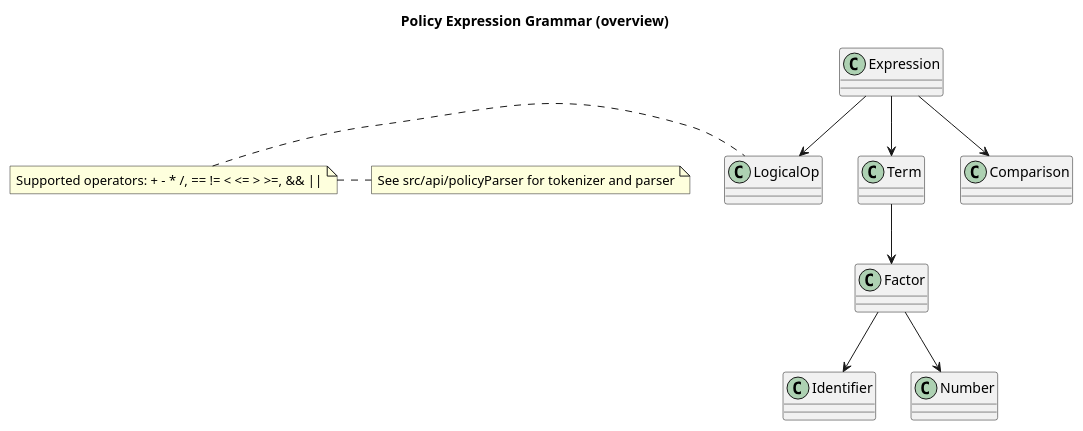
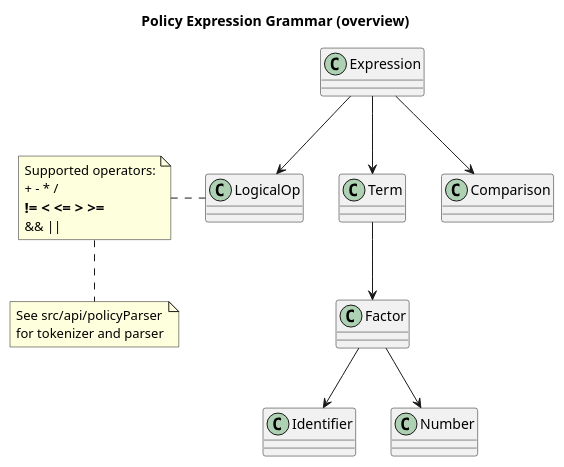
One commit to gforge/DUK changed the diagram in docs/diagrams/policy-grammar.puml. Above: the diagram before and after it, drawn with PlantUML. The commit also changed 52 other files, not shown here.

```diff
--- a/docs/diagrams/policy-grammar.puml
+++ b/docs/diagrams/policy-grammar.puml
@@ -1,22 +1,31 @@
 @startuml
 title Policy Expression Grammar (overview)
 
 class Expression
 class Term
 class Factor
 class Identifier
 class Number
 class Comparison
 class LogicalOp
 
 Expression --> Term
 Term --> Factor
 Factor --> Identifier
 Factor --> Number
 Expression --> Comparison
 Expression --> LogicalOp
 
-note left: Supported operators: + - * /, == != < <= > >=, && ||
-note right: See src/api/policyParser for tokenizer and parser
+note left
+  Supported operators:
+  + - * /
+  == != < <= > >=
+  && ||
+end note
+
+note bottom
+  See src/api/policyParser
+  for tokenizer and parser
+end note
 
 @enduml
```
